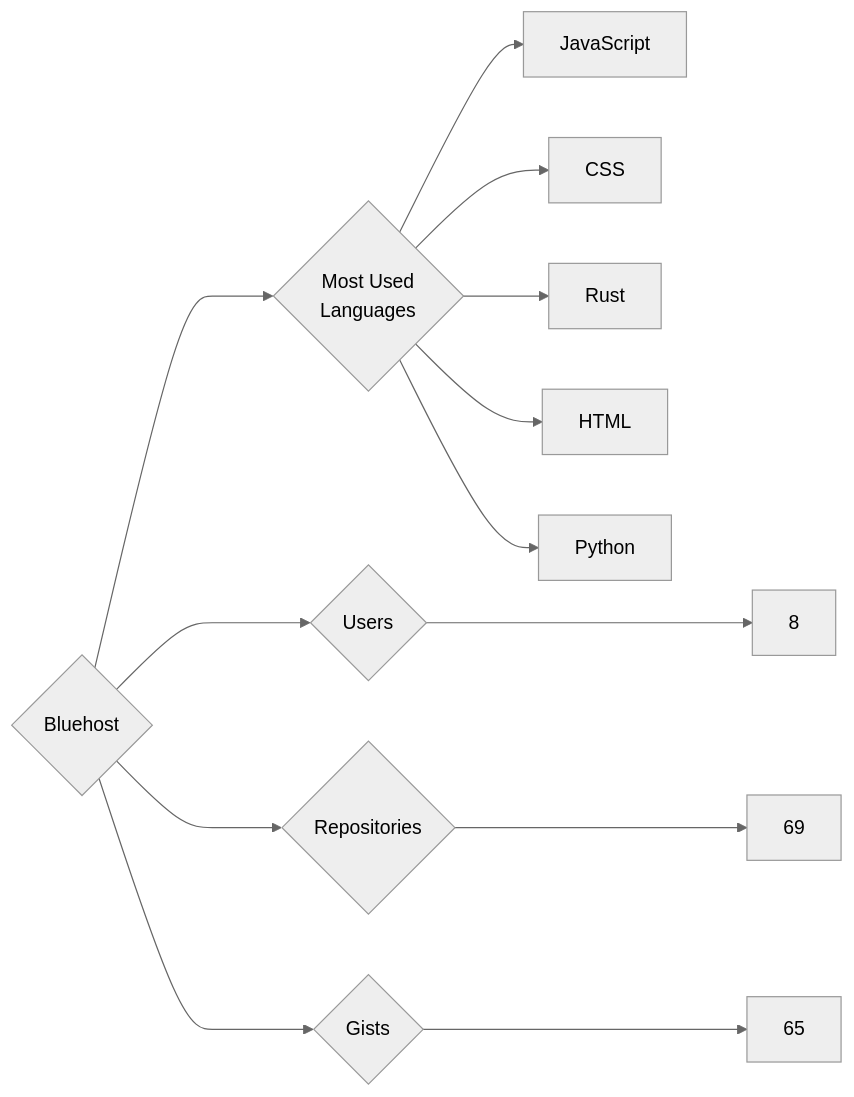
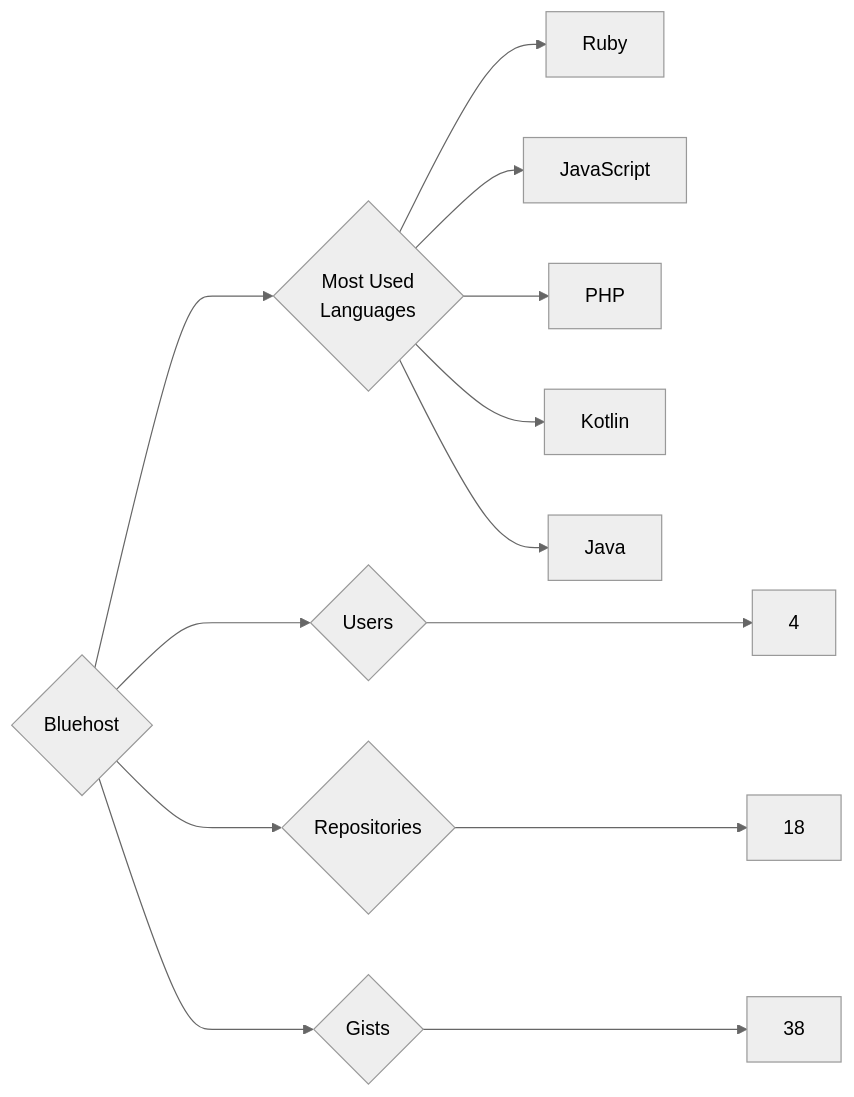
One commit to trickest/insiders changed the diagram in targets/Bluehost/README.md. Above: the diagram before and after it, drawn with Mermaid (neutral theme). The commit also changed 1141 other files, not shown here.

````diff
--- a/targets/Bluehost/README.md
+++ b/targets/Bluehost/README.md
@@ -3,13 +3,13 @@
 ```mermaid
 graph LR
 COMPANY_NAME{Bluehost}
-COMPANY_NAME ---> U{Users} ---> UN[8]
-COMPANY_NAME ---> R{Repositories} ---> RN[69]
-COMPANY_NAME ---> G{Gists} ---> GN[65]
+COMPANY_NAME ---> U{Users} ---> UN[4]
+COMPANY_NAME ---> R{Repositories} ---> RN[18]
+COMPANY_NAME ---> G{Gists} ---> GN[38]
 COMPANY_NAME ---> ML{Most Used<br>Languages}
+ML --> Ruby[Ruby]
 ML --> JavaScript[JavaScript]
-ML --> CSS[CSS]
-ML --> Rust[Rust]
-ML --> HTML[HTML]
-ML --> Python[Python]
+ML --> PHP[PHP]
+ML --> Kotlin[Kotlin]
+ML --> Java[Java]
 ```
````
